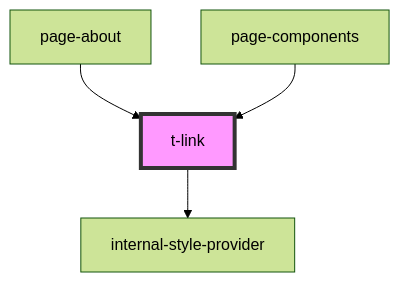
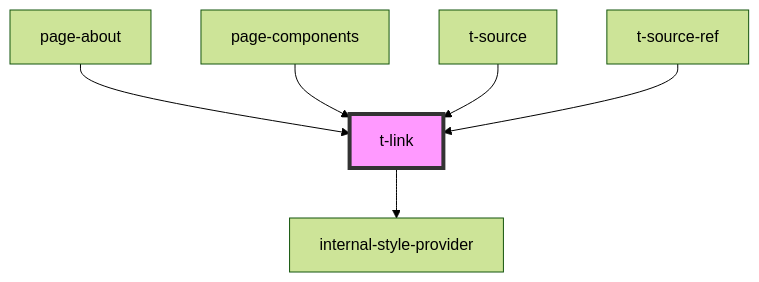
One commit to TomasEng/web-components changed the diagram in packages/t-web-components/src/components/t-link/readme.md. Above: the diagram before and after it, drawn with Mermaid (forest theme). The commit also changed other lines of this file and 14 other files, not shown here.

````diff
--- a/packages/t-web-components/src/components/t-link/readme.md
+++ b/packages/t-web-components/src/components/t-link/readme.md
@@ -29,7 +31,9 @@
 ```mermaid
 graph TD;
   t-link --> internal-style-provider
   page-about --> t-link
   page-components --> t-link
+  t-source --> t-link
+  t-source-ref --> t-link
   style t-link fill:#f9f,stroke:#333,stroke-width:4px
 ```
````
